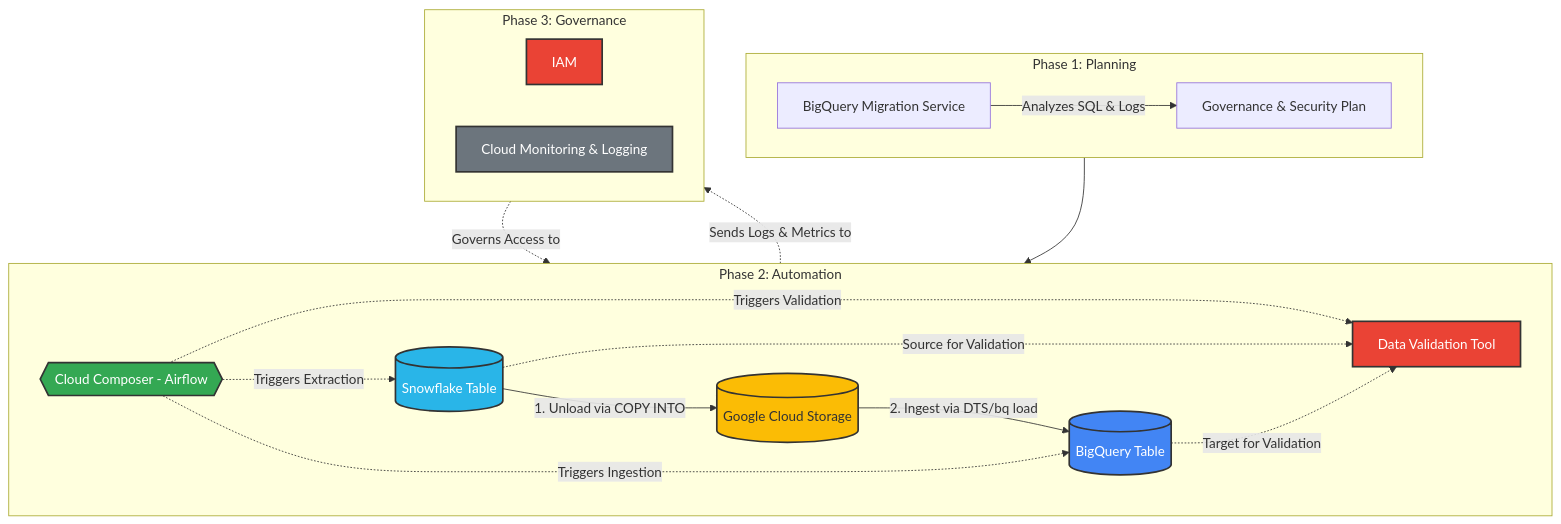
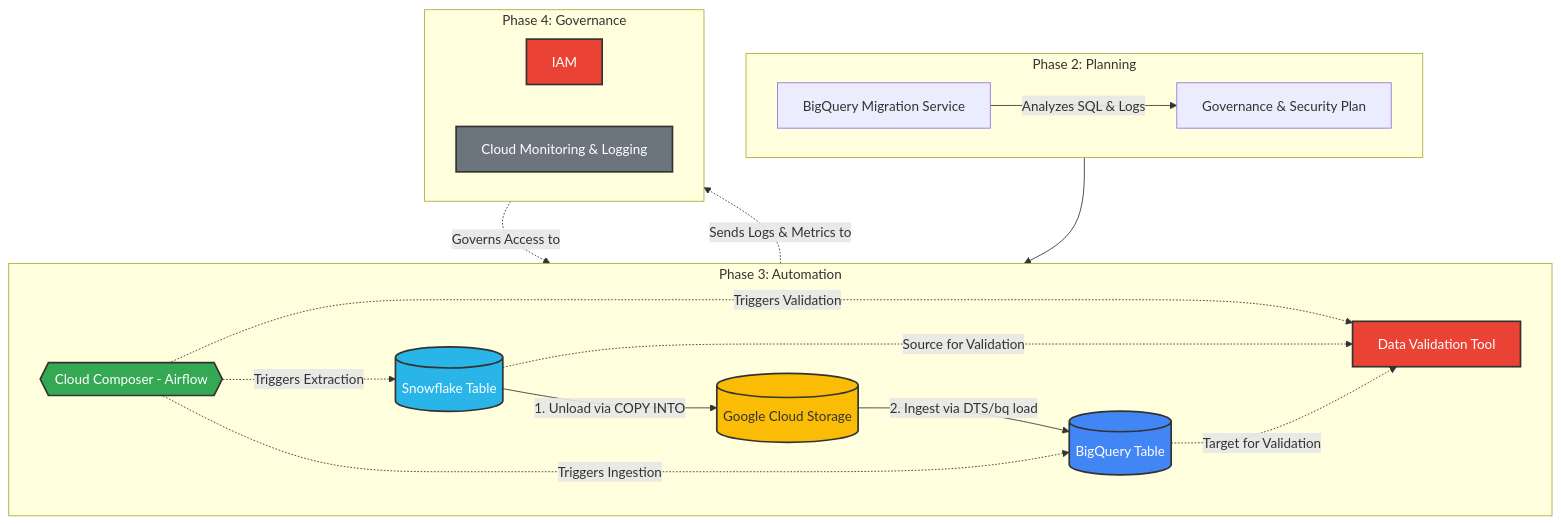
One commit to BrunoChiconato/snowflake-bigquery-migration changed the diagram in README.md. Above: the diagram before and after it, drawn with Mermaid.

Commit message:
docs: align phase numbering in diagram with README text
- Updates Mermaid diagram to match textual phase numbering
- Ensures consistency between visual and written documentation

````diff
--- a/README.md
+++ b/README.md
@@ -7,43 +7,43 @@
 ```mermaid
 graph TD
     classDef snowflake fill:#29B5E8,stroke:#333,stroke-width:2px,color:#fff
     classDef gcp_storage fill:#FBBC05,stroke:#333,stroke-width:2px,color:#333
     classDef gcp_dwh fill:#4285F4,stroke:#333,stroke-width:2px,color:#fff
     classDef gcp_orchestration fill:#34A853,stroke:#333,stroke-width:2px,color:#fff
     classDef gcp_governance fill:#EA4335,stroke:#333,stroke-width:2px,color:#fff
     classDef gcp_ops fill:#6c757d,stroke:#333,stroke-width:2px,color:#fff
 
-    subgraph PHASE_0["Phase 1: Planning"]
+    subgraph PHASE_0["Phase 2: Planning"]
         direction LR
         MSVC["BigQuery Migration Service"]
         PLAN["Governance & Security Plan"]
         MSVC --> |Analyzes SQL & Logs| PLAN
     end
 
-    subgraph PIPELINE["Phase 2: Automation"]
+    subgraph PIPELINE["Phase 3: Automation"]
         COMPOSER{{Cloud Composer - Airflow}}:::gcp_orchestration
 
         direction LR
         SNOWFLAKE[(Snowflake Table)]:::snowflake -->|1. Unload via COPY INTO| GCS[(Google Cloud Storage)]:::gcp_storage
         GCS -->|2. Ingest via DTS/bq load| BIGQUERY[(BigQuery Table)]:::gcp_dwh
 
         DVT["Data Validation Tool"]:::gcp_governance
 
         COMPOSER -.->|Triggers Extraction| SNOWFLAKE
         COMPOSER -.->|Triggers Ingestion| BIGQUERY
         COMPOSER -.->|Triggers Validation| DVT
 
         SNOWFLAKE -.->|Source for Validation| DVT
         BIGQUERY -.->|Target for Validation| DVT
     end
 
-    subgraph OPS_GOV["Phase 3: Governance"]
+    subgraph OPS_GOV["Phase 4: Governance"]
         direction LR
         IAM["IAM"]:::gcp_governance
         MONLOG["Cloud Monitoring & Logging"]:::gcp_ops
     end
 
     PLAN --> PIPELINE
     IAM -.->|Governs Access to| PIPELINE
     COMPOSER -.->|Sends Logs & Metrics to| MONLOG
 ```
````
